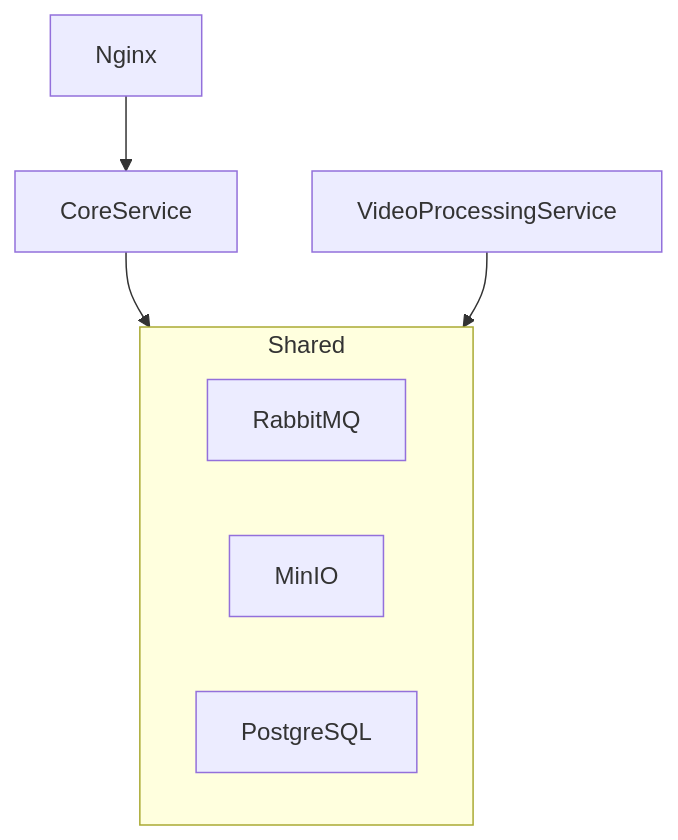
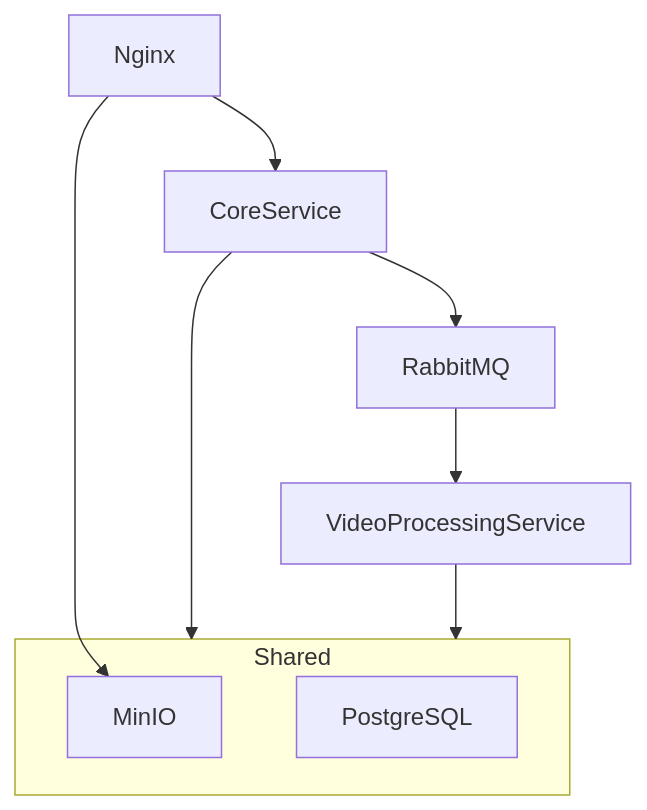
One commit to MaxaiZer/VideoService.Backend changed the diagram in README.md. Above: the diagram before and after it, drawn with Mermaid.

````diff
--- a/README.md
+++ b/README.md
@@ -17,11 +17,13 @@
 ```mermaid
 graph TD;
 subgraph Shared
-        RabbitMQ;
         MinIO;
         PostgreSQL;
     end
         CoreService --> Shared;
+        CoreService --> RabbitMQ;
+        RabbitMQ --> VideoProcessingService;
         VideoProcessingService --> Shared;
-        Nginx --> CoreService;
+        Nginx --> CoreService
+        Nginx --> MinIO
 ```
````
